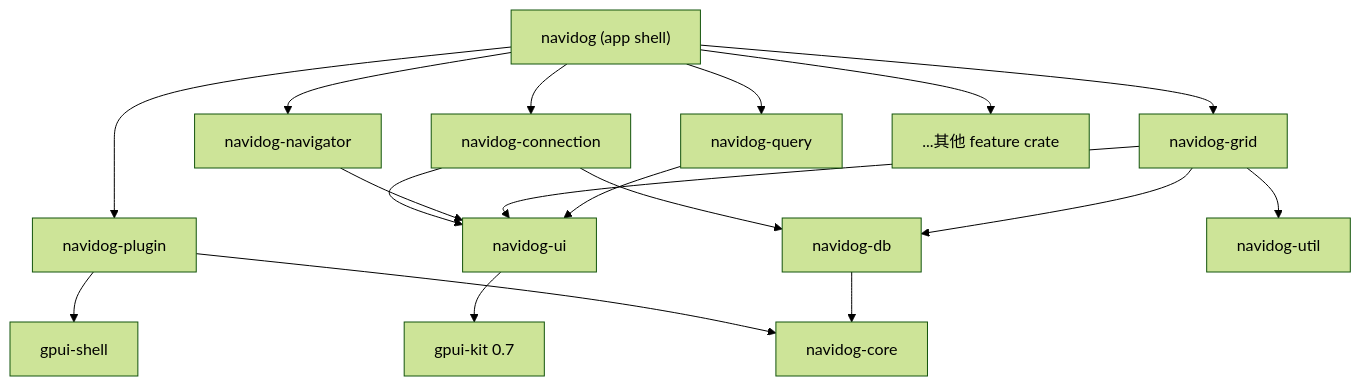
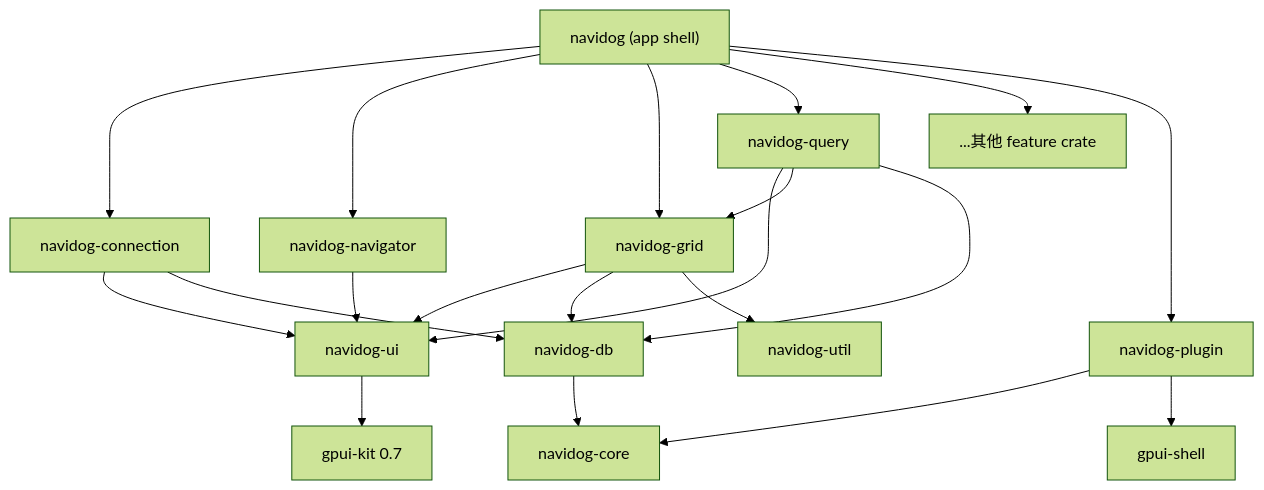
Before and after one commit to ekovovo/navidog: the first of 2 diagrams in docs/design/00-overview.md, drawn with Mermaid (forest theme). The commit also changed other lines of this file and 7 other files, not shown here.

````diff
--- a/docs/design/00-overview.md
+++ b/docs/design/00-overview.md
@@ -84,20 +86,22 @@
 ```mermaid
 flowchart TD
   shell["navidog (app shell)"] --> featConn[navidog-connection]
   shell --> featNav[navidog-navigator]
   shell --> featGrid[navidog-grid]
   shell --> featQuery[navidog-query]
   shell --> featMore["...其他 feature crate"]
   shell --> plugin[navidog-plugin]
   featConn --> ui[navidog-ui]
   featNav --> ui
   featGrid --> ui
   featQuery --> ui
   featConn --> db[navidog-db]
   featGrid --> db
   featGrid --> util[navidog-util]
+  featQuery --> featGrid
+  featQuery --> db
   plugin --> core[navidog-core]
   plugin --> gpuiShell[gpui-shell]
   db --> core
   ui --> kit["gpui-kit 0.7"]
 ```
````
